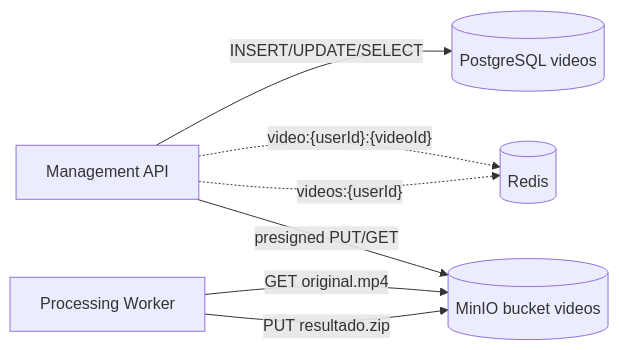
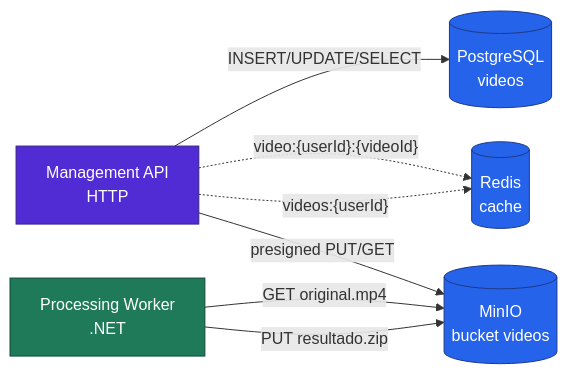
Before and after one commit to fabianorodrigues/fiap-fase5-docs: the diagram in docs/dados/persistencia-cache-minio.md, drawn with Mermaid. The commit also changed 11 other files, not shown here.

````diff
--- a/docs/dados/persistencia-cache-minio.md
+++ b/docs/dados/persistencia-cache-minio.md
@@ -5,15 +5,20 @@
 ```mermaid
+%%{init: {"flowchart": {"nodeSpacing": 34, "rankSpacing": 46}} }%%
 flowchart LR
-    API[Management API]
-    PG[(PostgreSQL videos)]
-    REDIS[(Redis)]
-    MINIO[(MinIO bucket videos)]
-    WORKER[Processing Worker]
+    classDef api fill:#512BD4,color:#fff,stroke:#39208A
+    classDef worker fill:#1F7A5A,color:#fff,stroke:#0F4A35
+    classDef store fill:#2563EB,color:#fff,stroke:#1E3A8A
+
+    API["Management API<br/>HTTP"]:::api
+    PG[("PostgreSQL<br/>videos")]:::store
+    REDIS[("Redis<br/>cache")]:::store
+    MINIO[("MinIO<br/>bucket videos")]:::store
+    WORKER["Processing Worker<br/>.NET"]:::worker
 
     API -->|INSERT/UPDATE/SELECT| PG
     API -. "video:{userId}:{videoId}" .-> REDIS
     API -. "videos:{userId}" .-> REDIS
     API -->|presigned PUT/GET| MINIO
     WORKER -->|GET original.mp4| MINIO
     WORKER -->|PUT resultado.zip| MINIO
 ```
````
